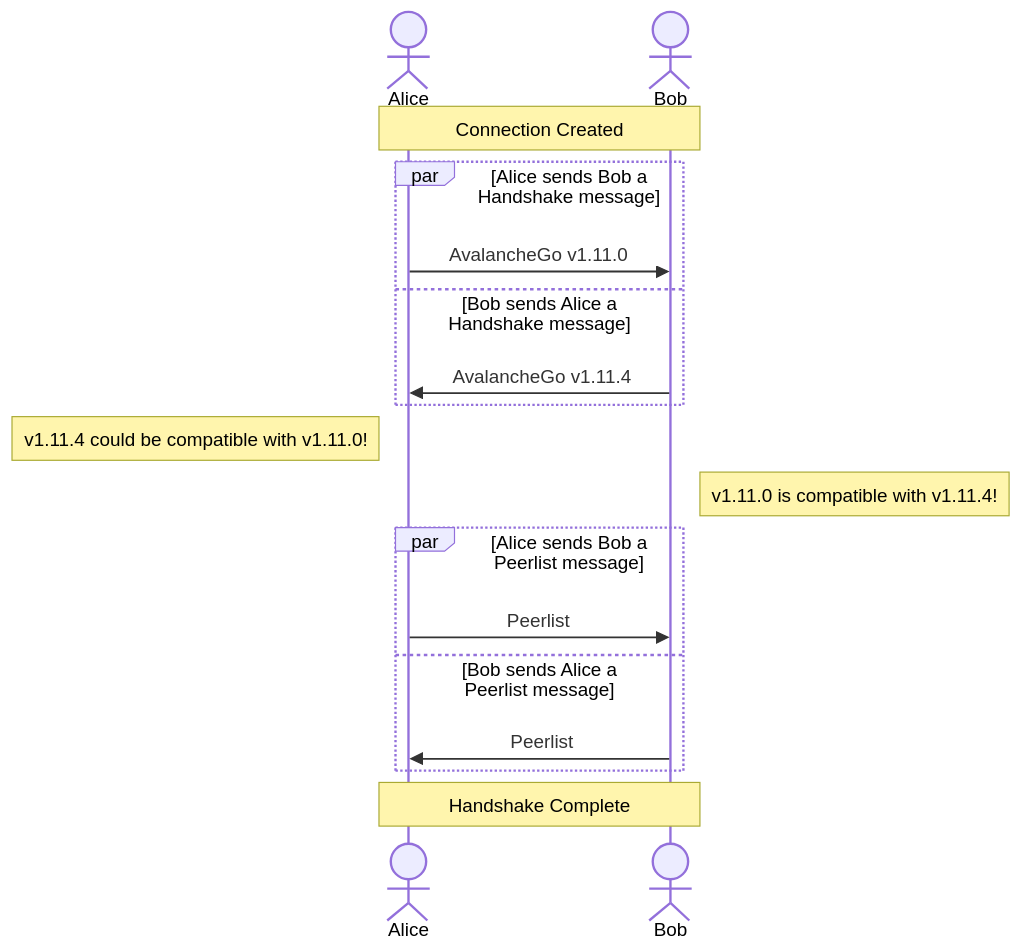
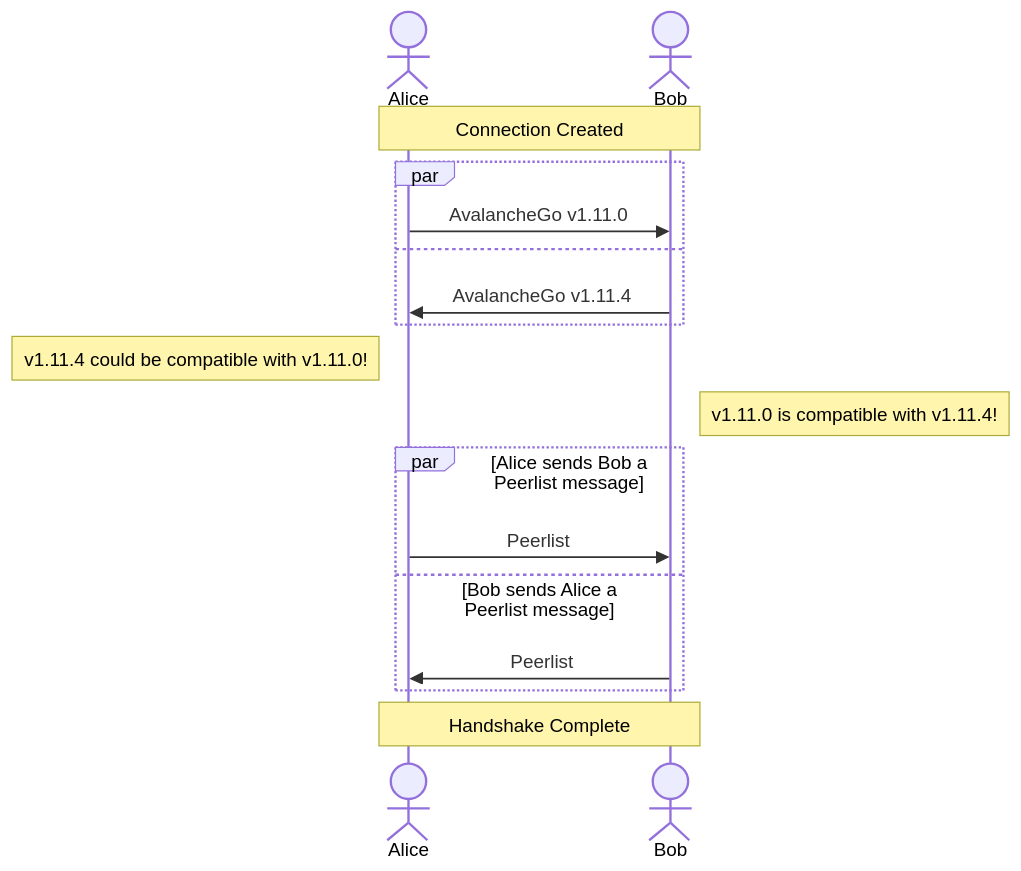
The third of 7 diagrams in network/README.md (ava-labs/avalanchego), drawn with Mermaid before and after one commit. The commit also changed other lines of this file, not shown here.

````diff
--- a/network/README.md
+++ b/network/README.md
@@ -76,19 +78,19 @@
 ```mermaid
 sequenceDiagram
     actor Alice
     actor Bob
     Note over Alice,Bob: Connection Created
-    par Alice sends Bob a Handshake message
+    par
         Alice->>Bob: AvalancheGo v1.11.0
-    and Bob sends Alice a Handshake message
+    and
         Bob->>Alice: AvalancheGo v1.11.4
     end
     Note left of Alice: v1.11.4 could be compatible with v1.11.0!
     Note right of Bob: v1.11.0 is compatible with v1.11.4!
     par Alice sends Bob a Peerlist message
         Alice->>Bob: Peerlist
     and Bob sends Alice a Peerlist message
         Bob->>Alice: Peerlist
     end
     Note over Alice,Bob: Handshake Complete
 ```
````
